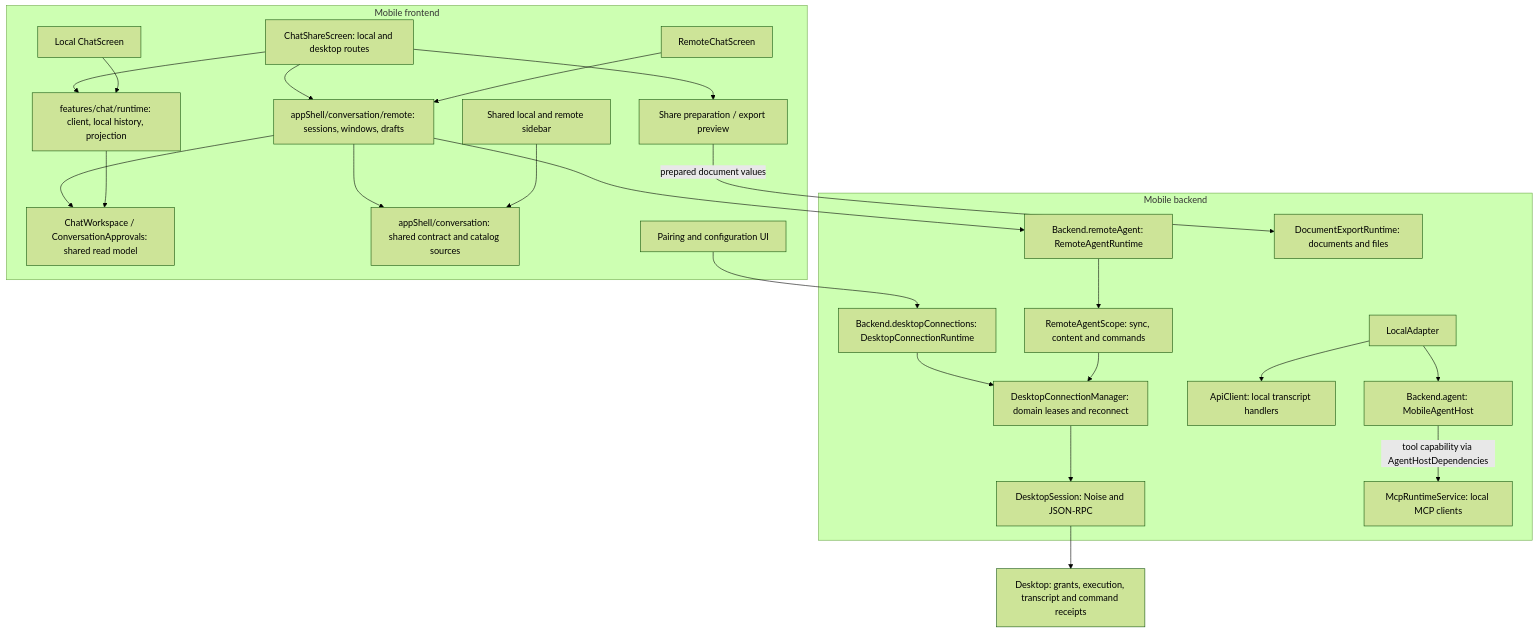
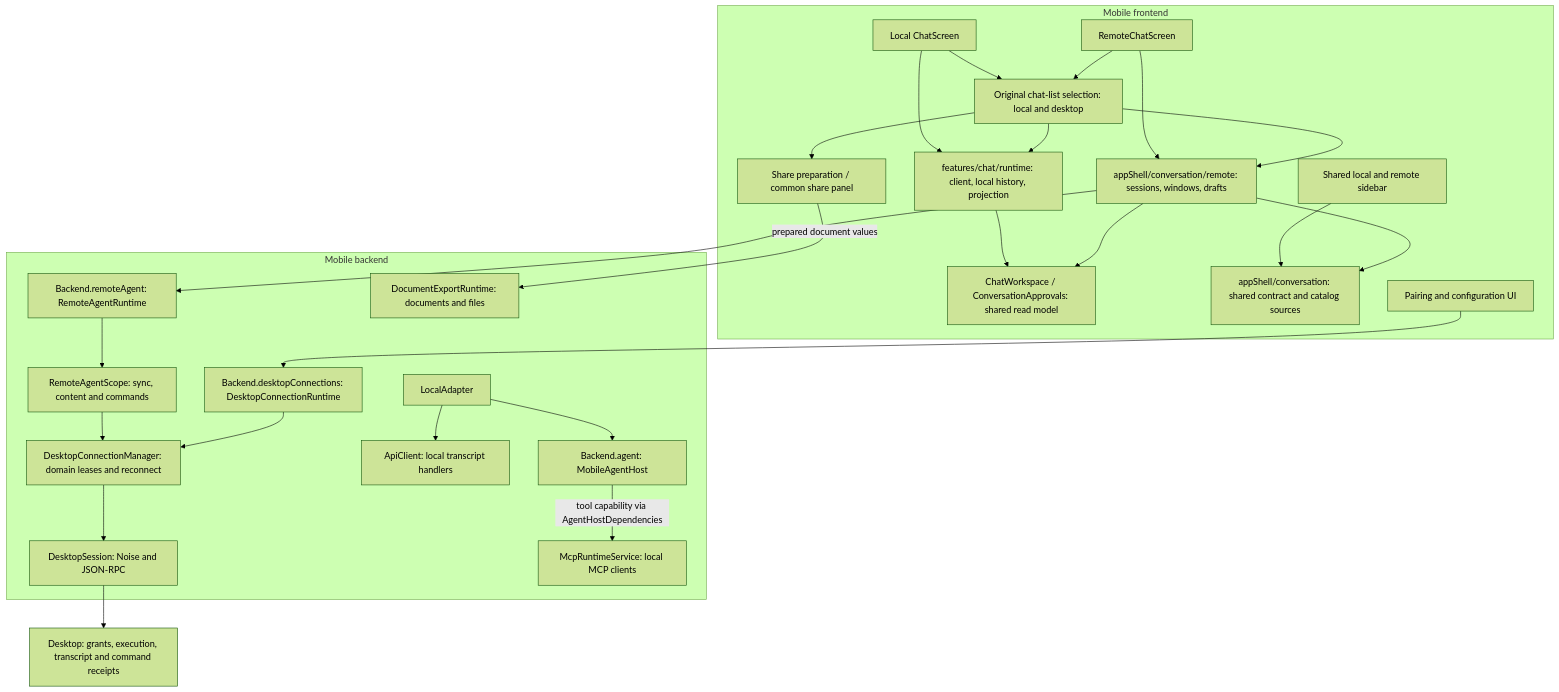
Before and after one commit to CherryHQ/cherry-studio-app: the diagram in docs/references/remote-access/service-ownership.md, drawn with Mermaid (forest theme). The commit also changed other lines of this file and 157 other files, not shown here.

Commit message:
feat(sharing): unify share flows and bound message cards

````diff
--- a/docs/references/remote-access/service-ownership.md
+++ b/docs/references/remote-access/service-ownership.md
@@ -15,40 +15,42 @@
 ```mermaid
 flowchart TB
   subgraph Frontend[Mobile frontend]
     Local[Local ChatScreen]
-    Share[ChatShareScreen: local and desktop routes]
+    Share[Original chat-list selection: local and desktop]
     UI[ChatWorkspace / ConversationApprovals: shared read model]
     LocalRuntime[features/chat/runtime: client, local history, projection]
     Catalog[appShell/conversation: shared contract and catalog sources]
     RemoteAdapter[appShell/conversation/remote: sessions, windows, drafts]
     Remote[RemoteChatScreen]
     Sidebar[Shared local and remote sidebar]
     Settings[Pairing and configuration UI]
-    Export[Share preparation / export preview]
+    Export[Share preparation / common share panel]
     Local --> LocalRuntime --> UI
     Remote --> RemoteAdapter --> UI
+    Local --> Share
+    Remote --> Share
     Share --> LocalRuntime
     Share --> RemoteAdapter
     Sidebar --> Catalog
     RemoteAdapter --> Catalog
     Share --> Export
   end
   subgraph Backend[Mobile backend]
     Host[Backend.agent: MobileAgentHost]
     Data[ApiClient: local transcript handlers]
     Agent[Backend.remoteAgent: RemoteAgentRuntime]
     Scope[RemoteAgentScope: sync, content and commands]
     Config[Backend.desktopConnections: DesktopConnectionRuntime]
     Pool[DesktopConnectionManager: domain leases and reconnect]
     Channel[DesktopSession: Noise and JSON-RPC]
     Mcp[McpRuntimeService: local MCP clients]
     Document[DocumentExportRuntime: documents and files]
     LocalAdapter --> Host
     LocalAdapter --> Data
     RemoteAdapter --> Agent --> Scope --> Pool
     Settings --> Config --> Pool --> Channel
     Host -->|tool capability via AgentHostDependencies| Mcp
     Export -->|prepared document values| Document
   end
   Channel --> PC[Desktop: grants, execution, transcript and command receipts]
 ```
````
